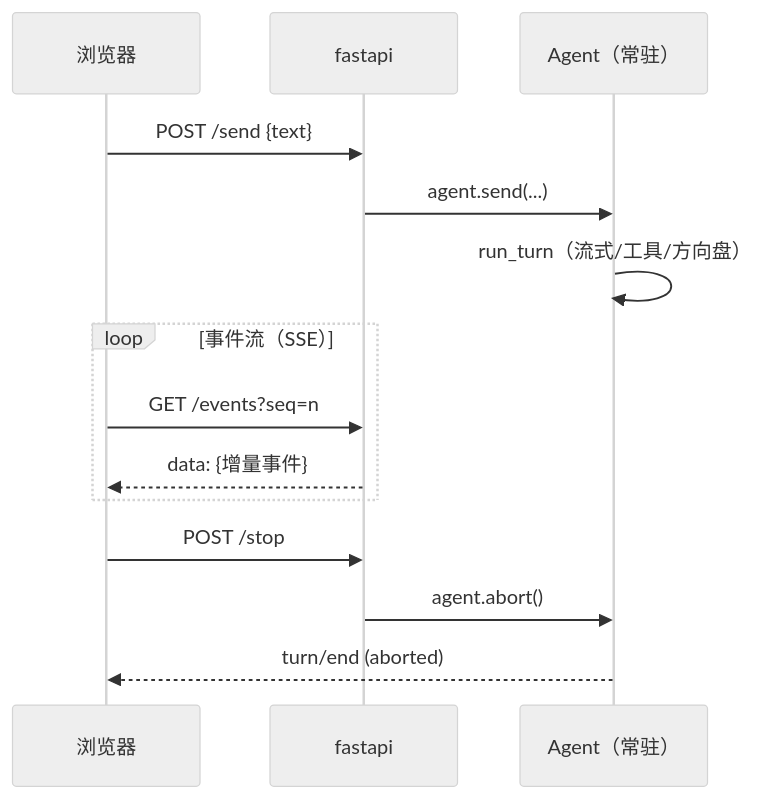
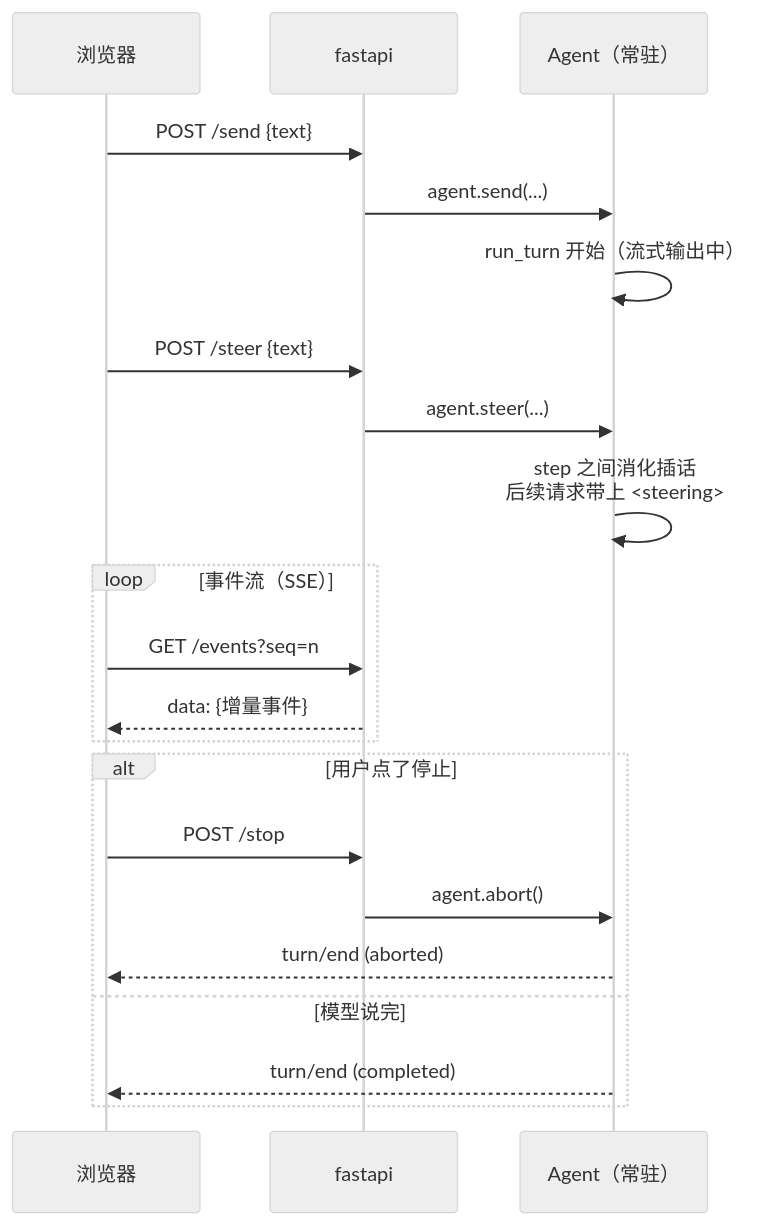
Before and after one commit to jesongit/learn-dsh: the diagram in notes/M2/04-事件日志的脸面Web-UI.md, drawn with Mermaid (neutral theme).

Commit message:
docs(M2-04): 时序图补 steer 路径与两种 turn 结局（aborted/completed）

````diff
--- a/notes/M2/04-事件日志的脸面Web-UI.md
+++ b/notes/M2/04-事件日志的脸面Web-UI.md
@@ -34,17 +34,24 @@
 ```mermaid
 %%{init: {"fontFamily": "Microsoft YaHei"}}%%
 sequenceDiagram
     participant B as 浏览器
     participant F as fastapi
     participant A as Agent（常驻）
     B->>F: POST /send {text}
     F->>A: agent.send(...)
-    A->>A: run_turn（流式/工具/方向盘）
+    A->>A: run_turn 开始（流式输出中）
+    B->>F: POST /steer {text}
+    F->>A: agent.steer(...)
+    A->>A: step 之间消化插话<br/>后续请求带上 <steering>
     loop 事件流（SSE）
         B->>F: GET /events?seq=n
         F-->>B: data: {增量事件}
     end
-    B->>F: POST /stop
-    F->>A: agent.abort()
-    A-->>B: turn/end (aborted)
+    alt 用户点了停止
+        B->>F: POST /stop
+        F->>A: agent.abort()
+        A-->>B: turn/end (aborted)
+    else 模型说完
+        A-->>B: turn/end (completed)
+    end
 ```
````
